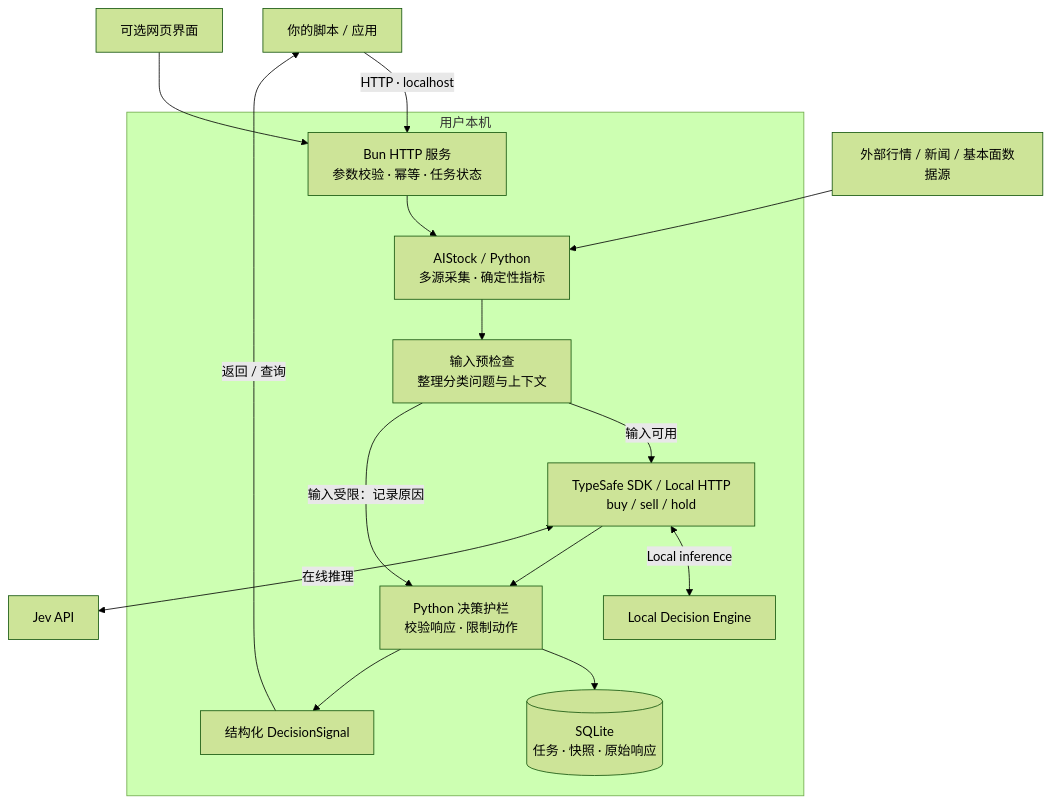
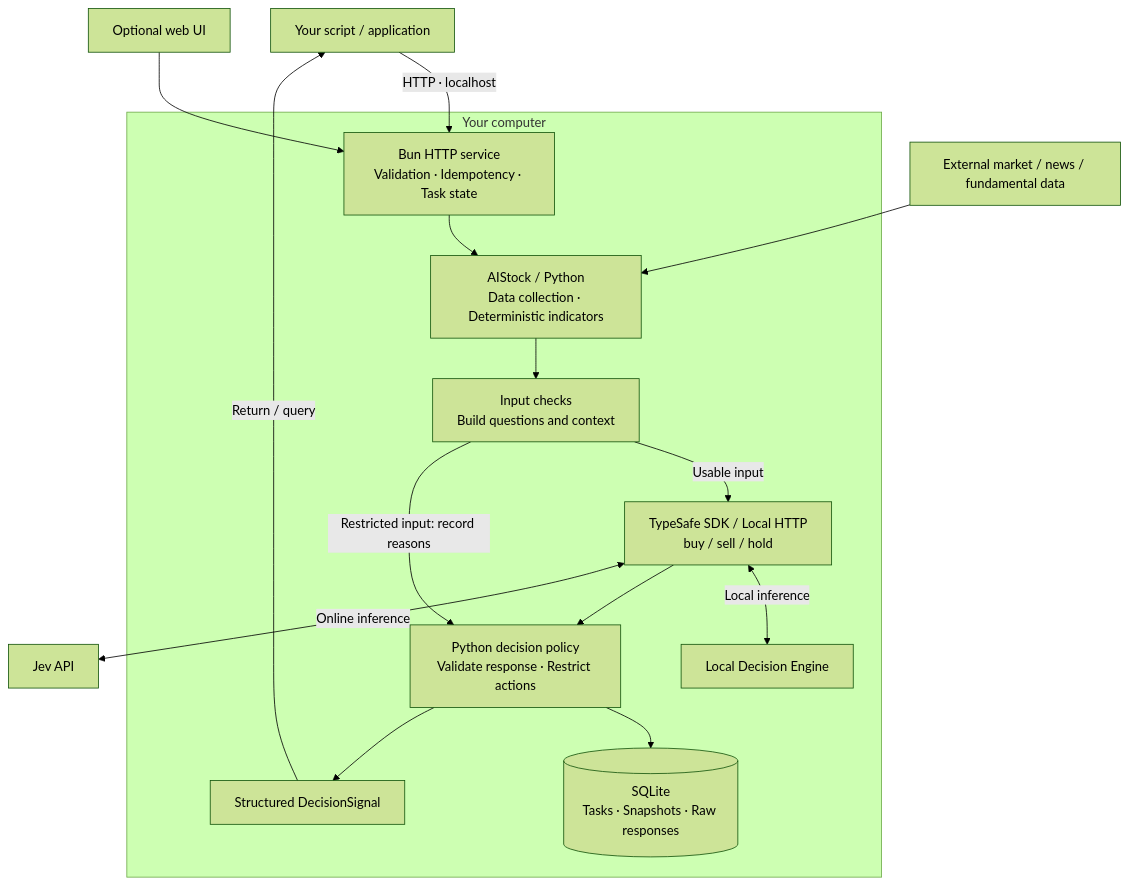
One commit to EthanAlgoX/jev-trading changed the second of 2 diagrams in README.md. Above: the diagram before and after it, drawn with Mermaid (forest theme). The commit also changed other lines of this file and 8 other files, not shown here.

````diff
--- a/README.md
+++ b/README.md
@@ -354,24 +349,24 @@
 ```mermaid
 flowchart TD
-    Client["你的脚本 / 应用"] -->|"HTTP · localhost"| API
-    UI["可选网页界面"] --> API
-    subgraph Local["用户本机"]
-        API["Bun HTTP 服务<br/>参数校验 · 幂等 · 任务状态"]
-        Collect["AIStock / Python<br/>多源采集 · 确定性指标"]
-        Pre["输入预检查<br/>整理分类问题与上下文"]
+    Client["Your script / application"] -->|"HTTP · localhost"| API
+    UI["Optional web UI"] --> API
+    subgraph Local["Your computer"]
+        API["Bun HTTP service<br/>Validation · Idempotency · Task state"]
+        Collect["AIStock / Python<br/>Data collection · Deterministic indicators"]
+        Pre["Input checks<br/>Build questions and context"]
         SDK["TypeSafe SDK / Local HTTP<br/>buy / sell / hold"]
         LocalEngine["Local Decision Engine"]
         SDK <-->|"Local inference"| LocalEngine
-        Policy["Python 决策护栏<br/>校验响应 · 限制动作"]
-        DB[("SQLite<br/>任务 · 快照 · 原始响应")]
-        Result["结构化 DecisionSignal"]
+        Policy["Python decision policy<br/>Validate response · Restrict actions"]
+        DB[("SQLite<br/>Tasks · Snapshots · Raw responses")]
+        Result["Structured DecisionSignal"]
         API --> Collect --> Pre
-        Pre -->|"输入可用"| SDK
-        Pre -->|"输入受限：记录原因"| Policy
+        Pre -->|"Usable input"| SDK
+        Pre -->|"Restricted input: record reasons"| Policy
         SDK --> Policy --> DB
         Policy --> Result
     end
-    Sources["外部行情 / 新闻 / 基本面数据源"] --> Collect
-    SDK <-->|"在线推理"| Jev["Jev API"]
-    Result -->|"返回 / 查询"| Client
+    Sources["External market / news / fundamental data"] --> Collect
+    SDK <-->|"Online inference"| Jev["Jev API"]
+    Result -->|"Return / query"| Client
 ```
````
